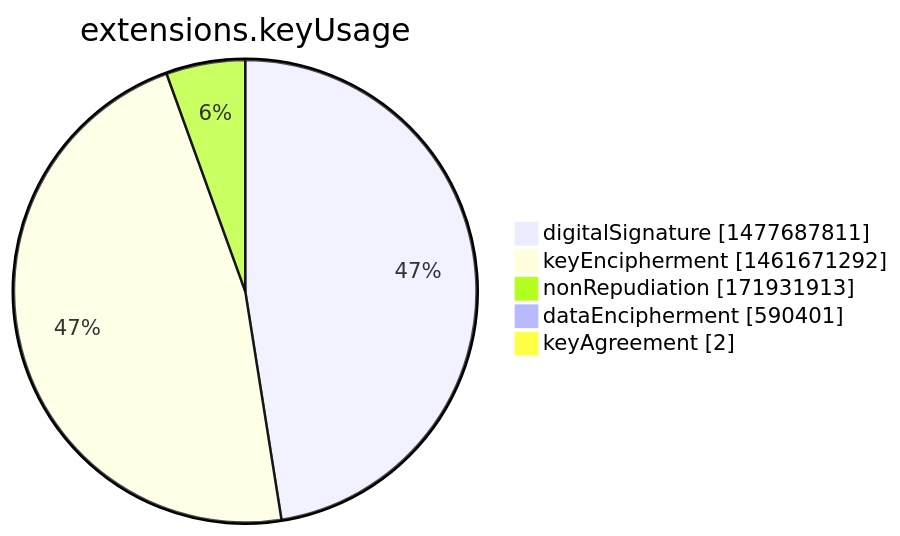
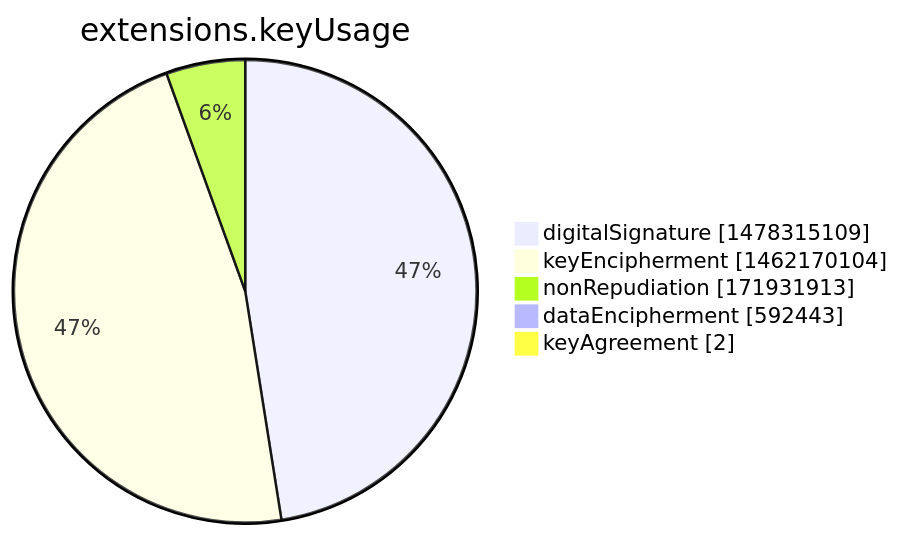
Before and after one commit to christiankrug/ctmonitor_visualization: the seventh of 15 diagrams in argon2022/README.md, drawn with Mermaid. The commit also changed other lines of this file, not shown here.

````diff
--- a/argon2022/README.md
+++ b/argon2022/README.md
@@ -2751,9 +2751,9 @@
 ```mermaid
 pie showData
 title extensions.keyUsage
-"digitalSignature" :1477687811
-"keyEncipherment" :1461671292
+"digitalSignature" :1478315109
+"keyEncipherment" :1462170104
 "nonRepudiation" :171931913
-"dataEncipherment" :590401
+"dataEncipherment" :592443
 "keyAgreement" :2
 ```
````
